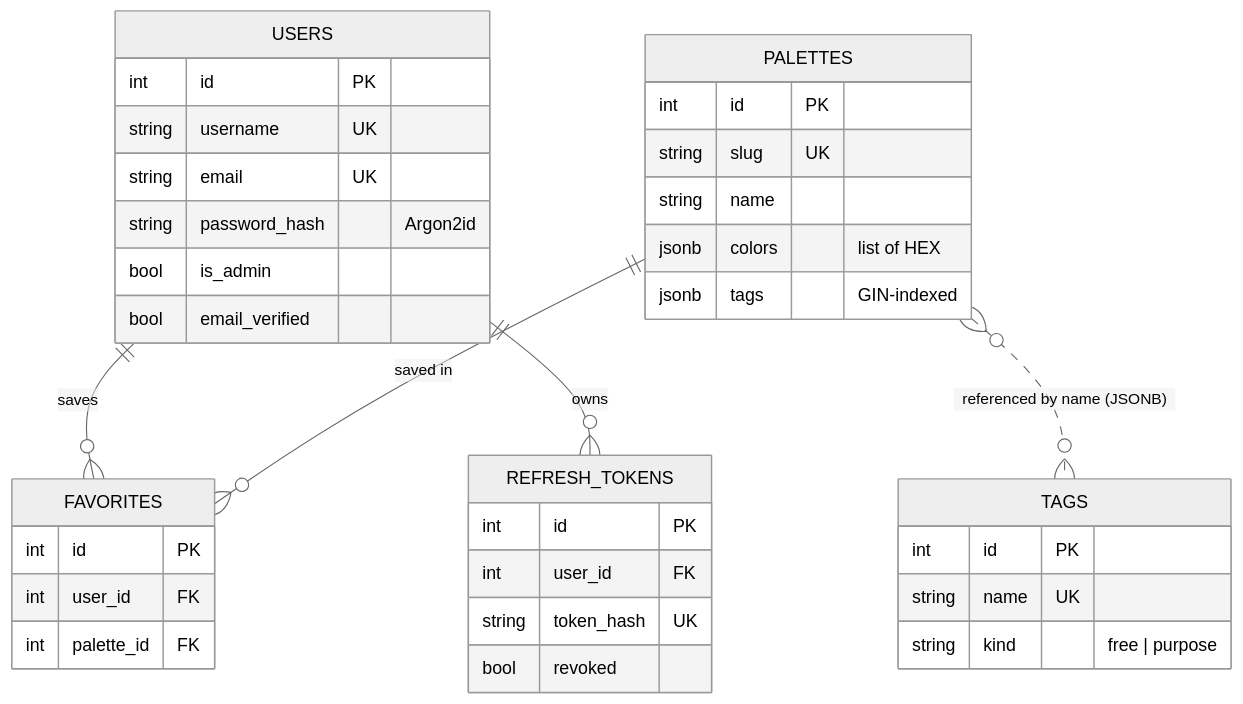
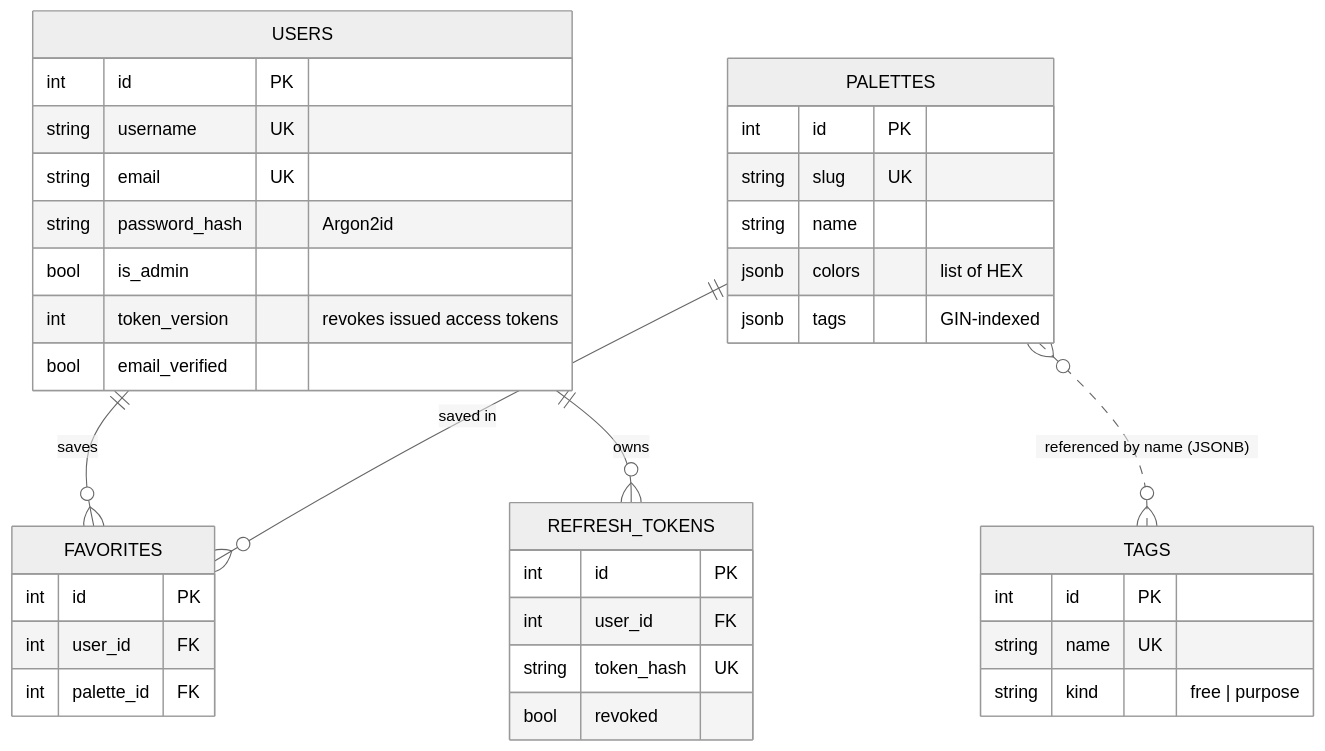
One commit to Ingwalde/Palette changed the first of 2 diagrams in README.md. Above: the diagram before and after it, drawn with Mermaid (neutral theme). The commit also changed other lines of this file and 11 other files, not shown here.

````diff
--- a/README.md
+++ b/README.md
@@ -41,39 +41,40 @@
 ```mermaid
 erDiagram
     USERS ||--o{ FAVORITES : "saves"
     PALETTES ||--o{ FAVORITES : "saved in"
     USERS ||--o{ REFRESH_TOKENS : "owns"
     PALETTES }o..o{ TAGS : "referenced by name (JSONB)"
 
     USERS {
         int id PK
         string username UK
         string email UK
         string password_hash "Argon2id"
         bool is_admin
+        int token_version "revokes issued access tokens"
         bool email_verified
     }
     PALETTES {
         int id PK
         string slug UK
         string name
         jsonb colors "list of HEX"
         jsonb tags "GIN-indexed"
     }
     TAGS {
         int id PK
         string name UK
         string kind "free | purpose"
     }
     FAVORITES {
         int id PK
         int user_id FK
         int palette_id FK
     }
     REFRESH_TOKENS {
         int id PK
         int user_id FK
         string token_hash UK
         bool revoked
     }
 ```
````
